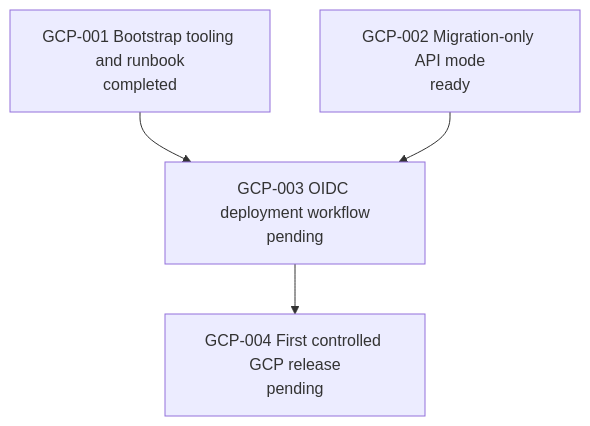
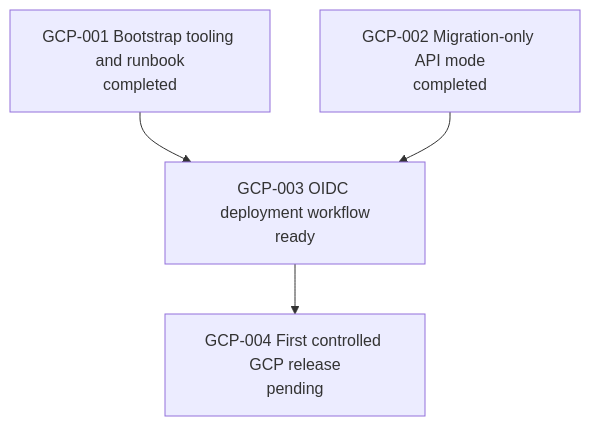
Before and after one commit to allenljf/algorithm-learning: the second of 2 diagrams in agent-workflow/WORK_GRAPH.md, drawn with Mermaid. The commit also changed other lines of this file and 9 other files, not shown here.

Commit message:
feat: add migration-only API mode

````diff
--- a/agent-workflow/WORK_GRAPH.md
+++ b/agent-workflow/WORK_GRAPH.md
@@ -76,11 +76,11 @@
 ```mermaid
 flowchart TD
   G1[GCP-001 Bootstrap tooling and runbook\ncompleted]
-  G2[GCP-002 Migration-only API mode\nready]
-  G3[GCP-003 OIDC deployment workflow\npending]
+  G2[GCP-002 Migration-only API mode\ncompleted]
+  G3[GCP-003 OIDC deployment workflow\nready]
   G4[GCP-004 First controlled GCP release\npending]
 
   G1 --> G3
   G2 --> G3
   G3 --> G4
 ```
````
